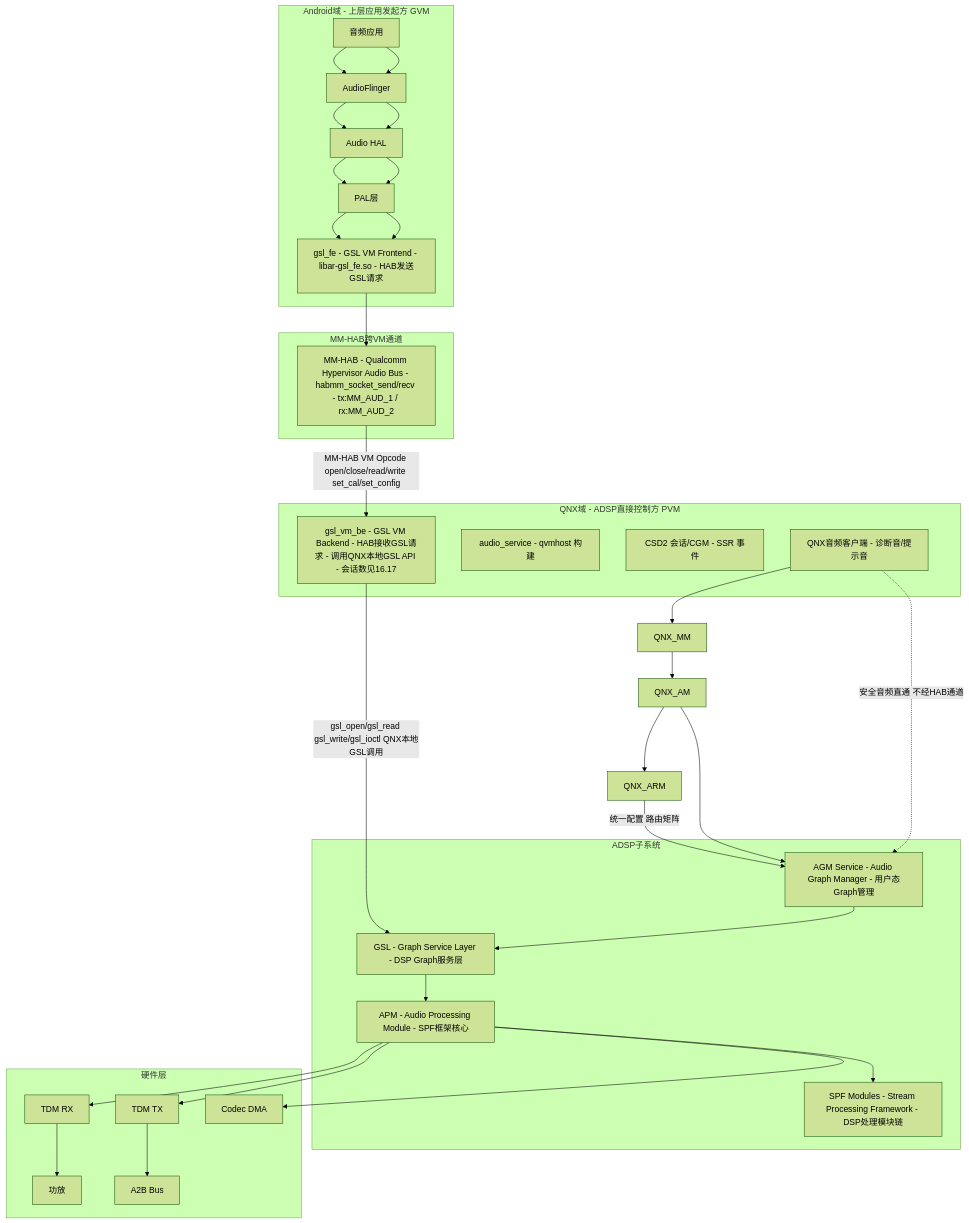
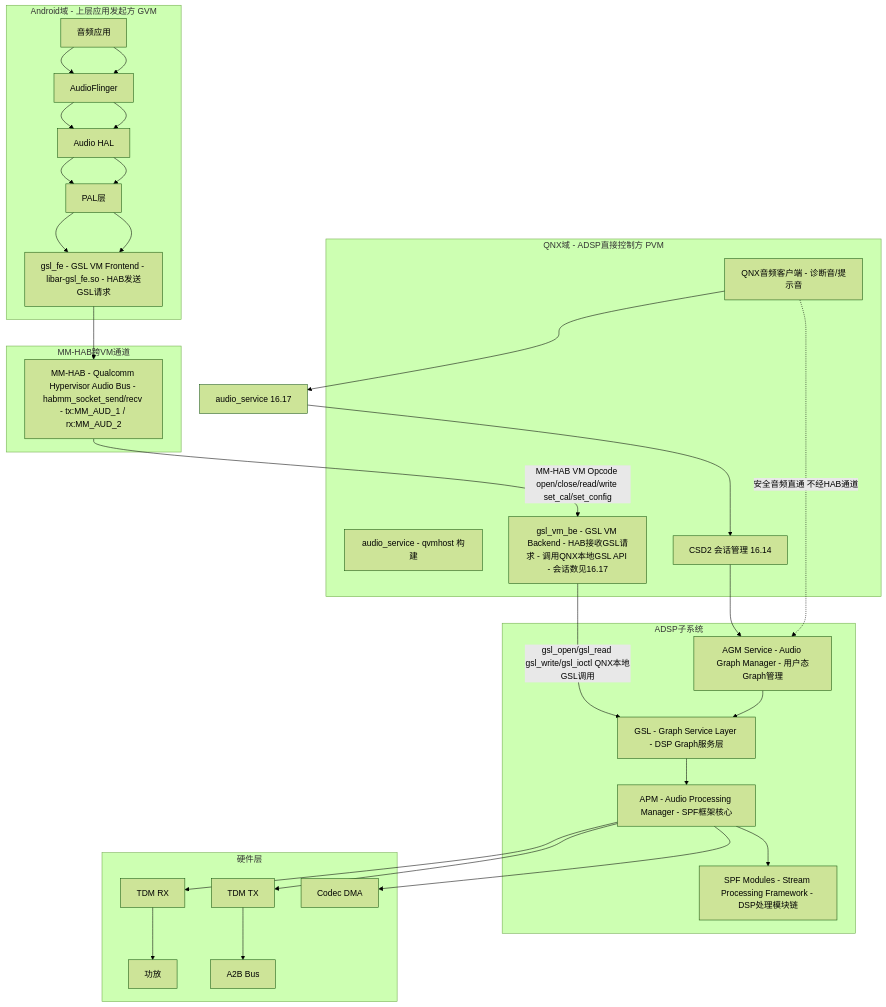
Before and after one commit to yanglinzhen1022/SA8295_AAOS_QNX_Audio_KnowledgeBase: the first of 5 diagrams in 16_Vendor_QNX_Architecture/16_16.1_概述.md, drawn with Mermaid (forest theme). The commit also changed other lines of this file and 58 other files, not shown here.

````diff
--- a/16_Vendor_QNX_Architecture/16_16.1_概述.md
+++ b/16_Vendor_QNX_Architecture/16_16.1_概述.md
@@ -16,49 +18,48 @@
 ```mermaid
 graph TB
     subgraph Android_Domain[Android域 - 上层应用发起方 GVM]
         App[音频应用] --> AF[AudioFlinger] --> AHAL[Audio HAL] --> PAL[PAL层]
         PAL --> GSL_FE[gsl_fe - GSL VM Frontend - libar-gsl_fe.so - HAB发送GSL请求]
     end
 
     subgraph Cross_VM[MM-HAB跨VM通道]
         HAB_CH[MM-HAB - Qualcomm Hypervisor Audio Bus - habmm_socket_send/recv - tx:MM_AUD_1 / rx:MM_AUD_2]
     end
 
     subgraph QNX_Domain[QNX域 - ADSP直接控制方 PVM]
         QNX_App[QNX音频客户端 - 诊断音/提示音]
         QNX_SVC[audio_service - qvmhost 构建]
         CSD2[CSD2 会话/CGM - SSR 事件]
         GSL_VM_BE[gsl_vm_be - GSL VM Backend - HAB接收GSL请求 - 调用QNX本地GSL API - 会话数见16.17]
     end
 
     subgraph DSP_Subsystem[ADSP子系统]
         AGM_SVC[AGM Service - Audio Graph Manager - 用户态Graph管理]
         GSL[GSL - Graph Service Layer - DSP Graph服务层]
-        APM[APM - Audio Processing Module - SPF框架核心]
+        APM[APM - Audio Processing Manager - SPF框架核心]
         SPF_MODULES[SPF Modules - Stream Processing Framework - DSP处理模块链]
     end
 
     subgraph Hardware[硬件层]
         TDM_TX[TDM TX]
         TDM_RX[TDM RX]
         CODEC_DMA[Codec DMA]
         AMP[功放]
         A2B[A2B Bus]
     end
 
     App --> AF --> AHAL --> PAL --> GSL_FE --> HAB_CH
     HAB_CH -->|MM-HAB VM Opcode open/close/read/write set_cal/set_config| GSL_VM_BE
     GSL_VM_BE -->|gsl_open/gsl_read gsl_write/gsl_ioctl QNX本地GSL调用| GSL
-    QNX_App --> QNX_MM --> QNX_AM
-    QNX_AM --> QNX_ARM
-    QNX_ARM -->|统一配置 路由矩阵| AGM_SVC
-    QNX_AM --> AGM_SVC
+    QNX_App --> AUDIO_SERVICE[audio_service 16.17]
+    AUDIO_SERVICE --> CSD2[CSD2 会话管理 16.14]
+    CSD2 --> AGM_SVC
     AGM_SVC --> GSL --> APM --> SPF_MODULES
     APM --> TDM_TX
     APM --> TDM_RX
     APM --> CODEC_DMA
     TDM_RX --> AMP
     TDM_TX --> A2B
 
     QNX_App -.->|安全音频直通 不经HAB通道| AGM_SVC
 ```
````
